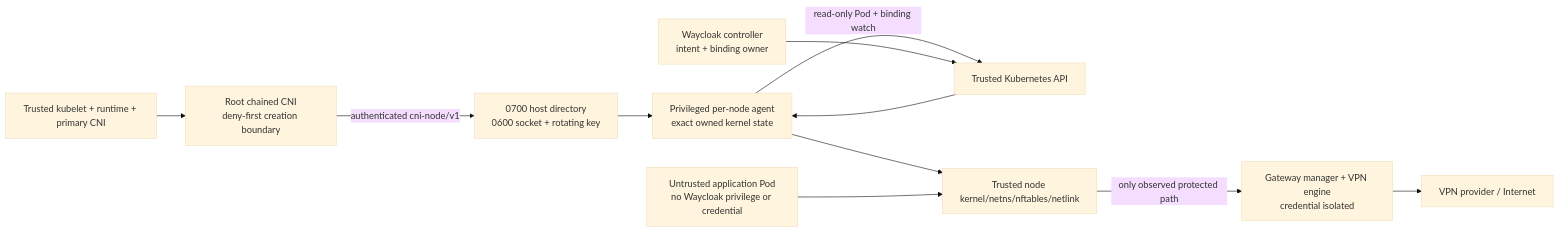
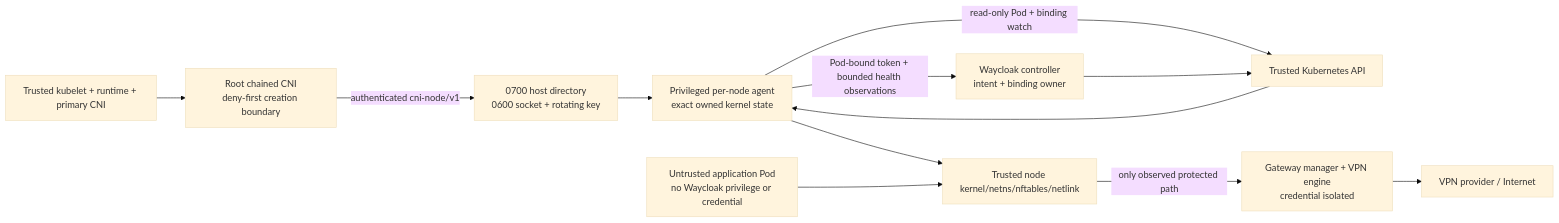
Before and after one commit to Amoenus/waycloak: the diagram in docs/security/threat-model.md, drawn with Mermaid (base theme). The commit also changed other lines of this file and 44 other files, not shown here.

````diff
--- a/docs/security/threat-model.md
+++ b/docs/security/threat-model.md
@@ -19,21 +19,22 @@
 ```mermaid
 flowchart LR
     Workload["Untrusted application Pod\nno Waycloak privilege or credential"]
     Runtime["Trusted kubelet + runtime + primary CNI"]
     CNI["Root chained CNI\ndeny-first creation boundary"]
     Socket["0700 host directory\n0600 socket + rotating key"]
     Agent["Privileged per-node agent\nexact owned kernel state"]
     API["Trusted Kubernetes API"]
     Controller["Waycloak controller\nintent + binding owner"]
     Gateway["Gateway manager + VPN engine\ncredential isolated"]
     Kernel["Trusted node kernel/netns/nftables/netlink"]
 
     Runtime --> CNI
     CNI -->|"authenticated cni-node/v1"| Socket --> Agent
     Agent -->|"read-only Pod + binding watch"| API
+    Agent -->|"Pod-bound token + bounded health observations"| Controller
     Controller --> API
     API --> Agent
     Agent --> Kernel
     Workload --> Kernel -->|"only observed protected path"| Gateway
     Gateway --> Internet["VPN provider / Internet"]
 ```
````
